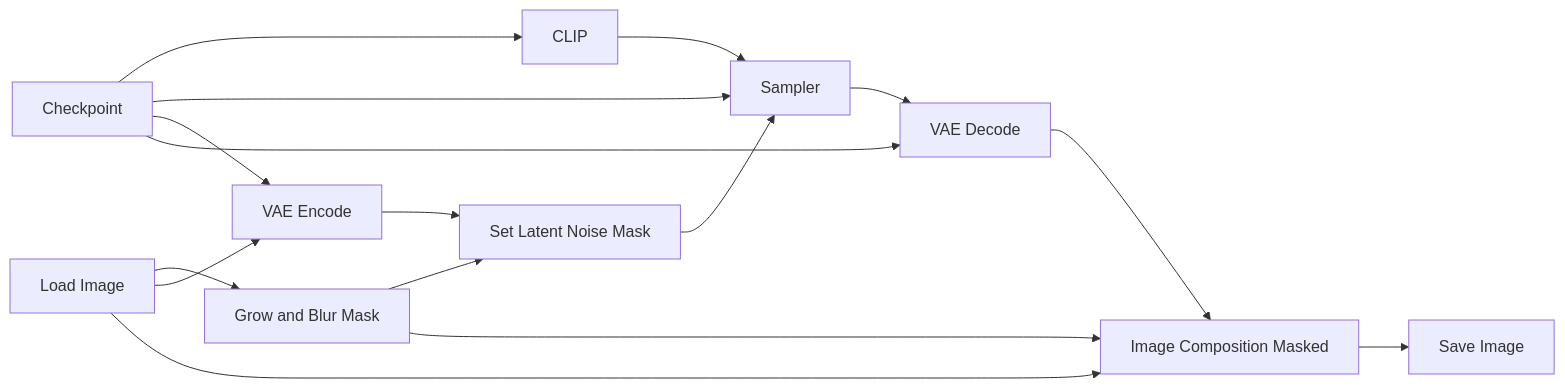
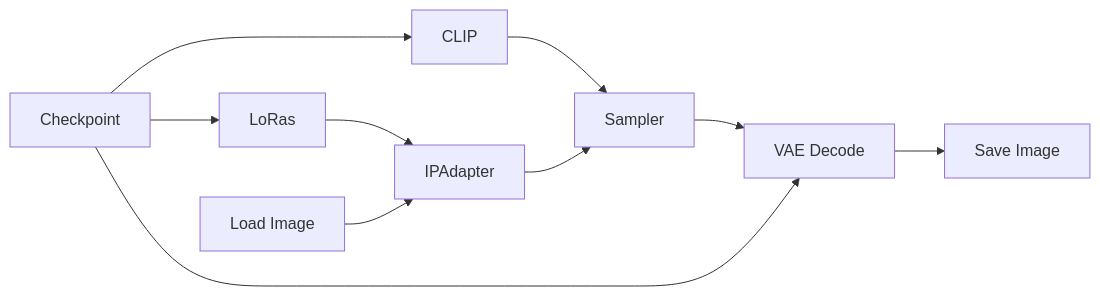
Before and after one commit to felipebottega/AI-Audiovisual-Lab: the diagram in ComfyUI/Guide-ComfyUI-IP-Adapter.md, drawn with Mermaid. The commit also changed other lines of this file, not shown here.

````diff
--- a/ComfyUI/Guide-ComfyUI-IP-Adapter.md
+++ b/ComfyUI/Guide-ComfyUI-IP-Adapter.md
@@ -11,13 +9,8 @@
 ```mermaid
 flowchart LR
     A[Checkpoint] --> B[CLIP] --> C[Sampler]
-    D[Load Image] --> E[Grow and Blur Mask] --> G
-    D --> F[VAE Encode] --> G[Set Latent Noise Mask] --> C
-    H[VAE Decode] --> I[Image Composition Masked] --> J[Save Image]
-    E --> I
-    D --> I
-    A --> C
-    A --> F
-    A --> H
-    C --> H
+    A --> D[LoRas] --> F[IPAdapter] --> C
+    E[Load Image] --> F
+    C --> G[VAE Decode] --> H[Save Image]
+    A --> G
 ```
````
